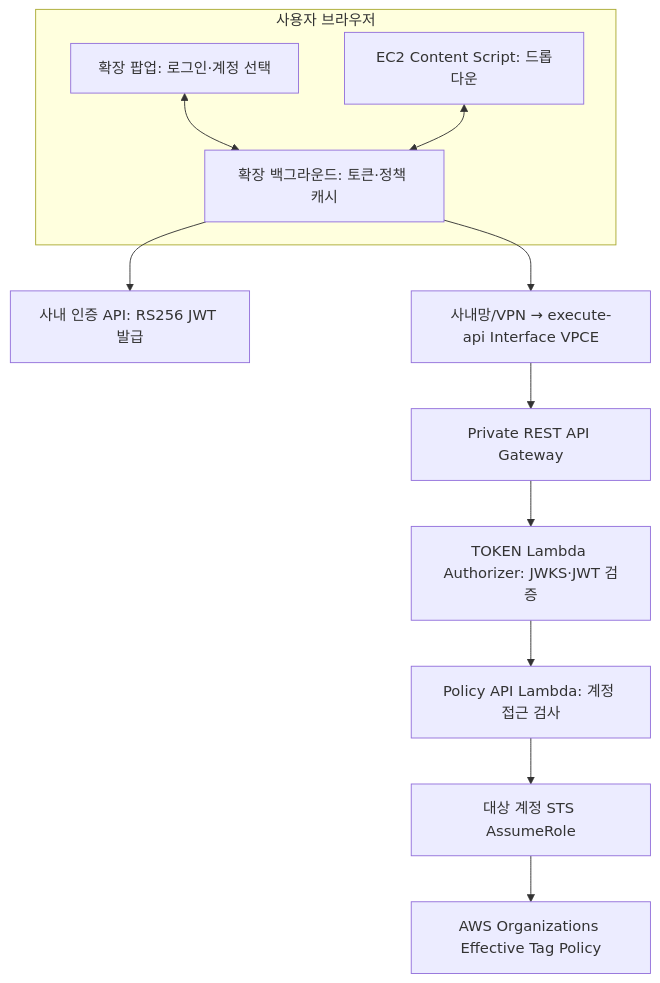
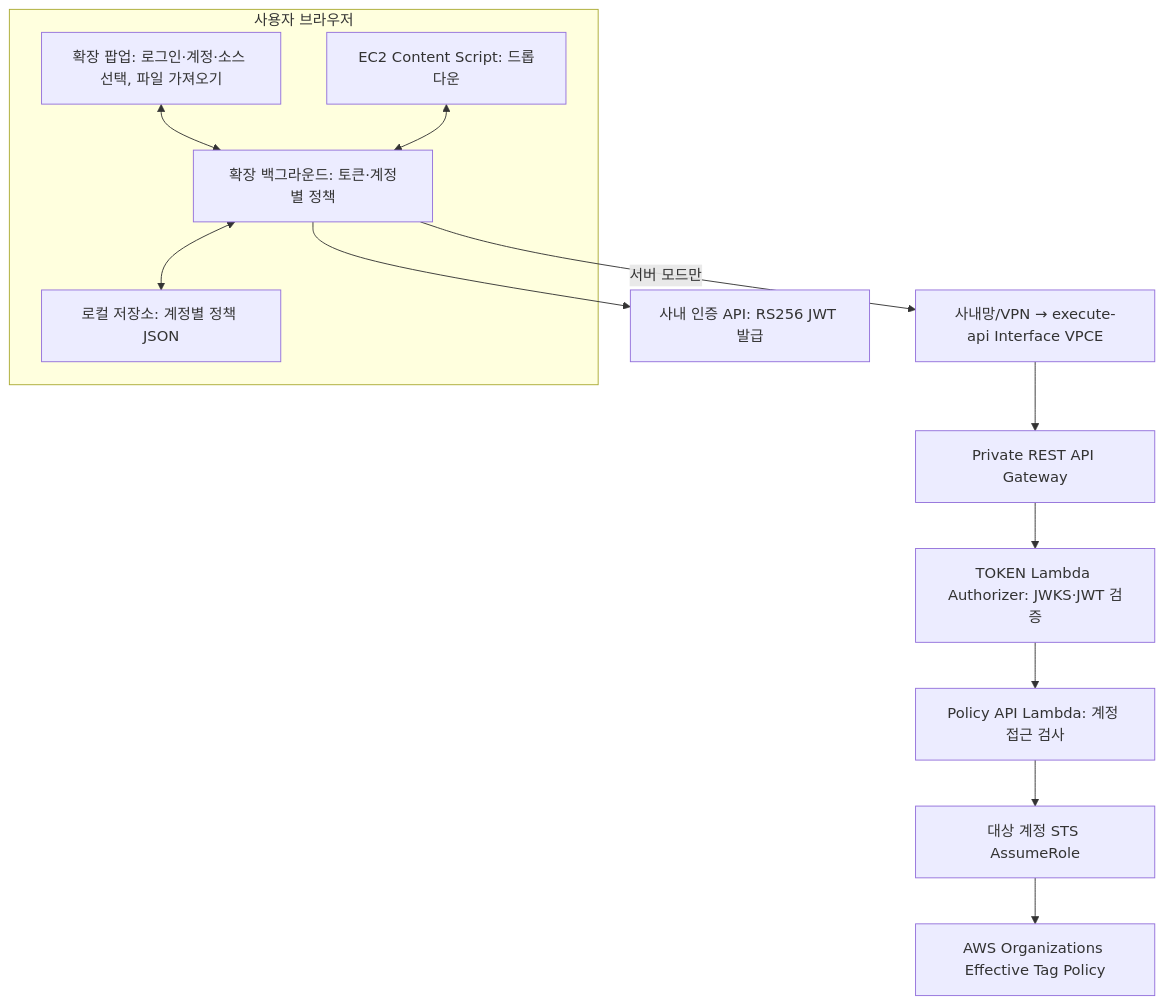
Before and after one commit to goldencat-sbyoon/aws-tag-extension: the first of 5 diagrams in docs/ARCHITECTURE.md, drawn with Mermaid. The commit also changed other lines of this file and 14 other files, not shown here.

````diff
--- a/docs/ARCHITECTURE.md
+++ b/docs/ARCHITECTURE.md
@@ -5,24 +5,26 @@
 ```mermaid
 flowchart TB
   subgraph Browser["사용자 브라우저"]
-    P["확장 팝업: 로그인·계정 선택"]
-    B["확장 백그라운드: 토큰·정책 캐시"]
+    P["확장 팝업: 로그인·계정·소스 선택, 파일 가져오기"]
+    B["확장 백그라운드: 토큰·계정별 정책"]
     C["EC2 Content Script: 드롭다운"]
+    F["로컬 저장소: 계정별 정책 JSON"]
     P <--> B
     C <--> B
+    B <--> F
   end
   I["사내 인증 API: RS256 JWT 발급"]
   V["사내망/VPN → execute-api Interface VPCE"]
   G["Private REST API Gateway"]
   A["TOKEN Lambda Authorizer: JWKS·JWT 검증"]
   L["Policy API Lambda: 계정 접근 검사"]
   T["대상 계정 STS AssumeRole"]
   O["AWS Organizations Effective Tag Policy"]
   B --> I
-  B --> V
+  B -->|"서버 모드만"| V
   V --> G
   G --> A
   A --> L
   L --> T
   T --> O
 ```
````
